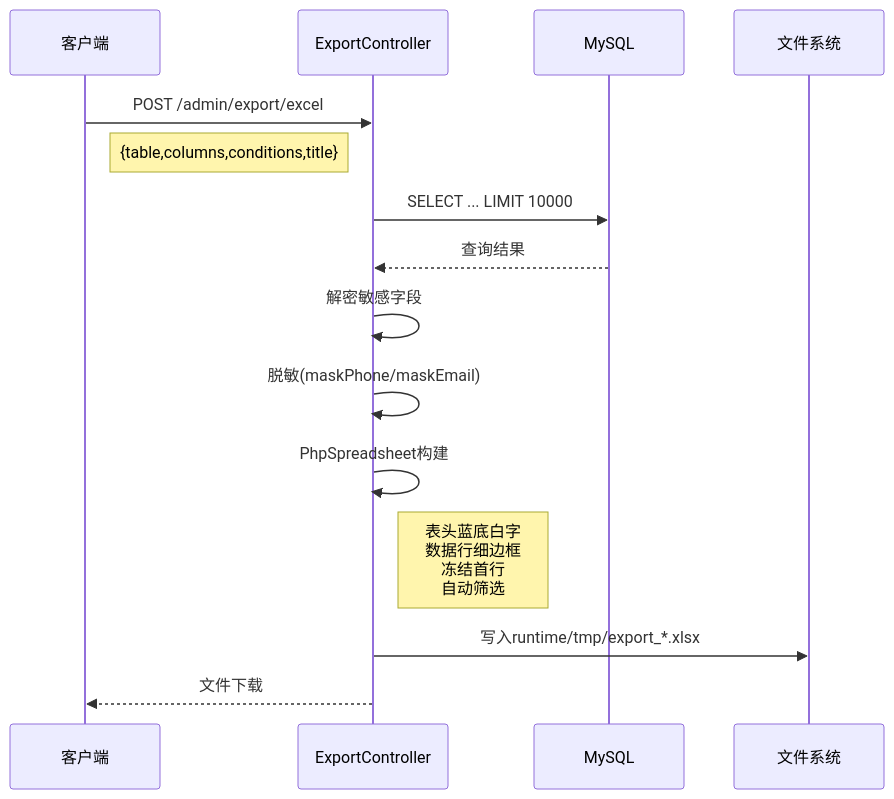
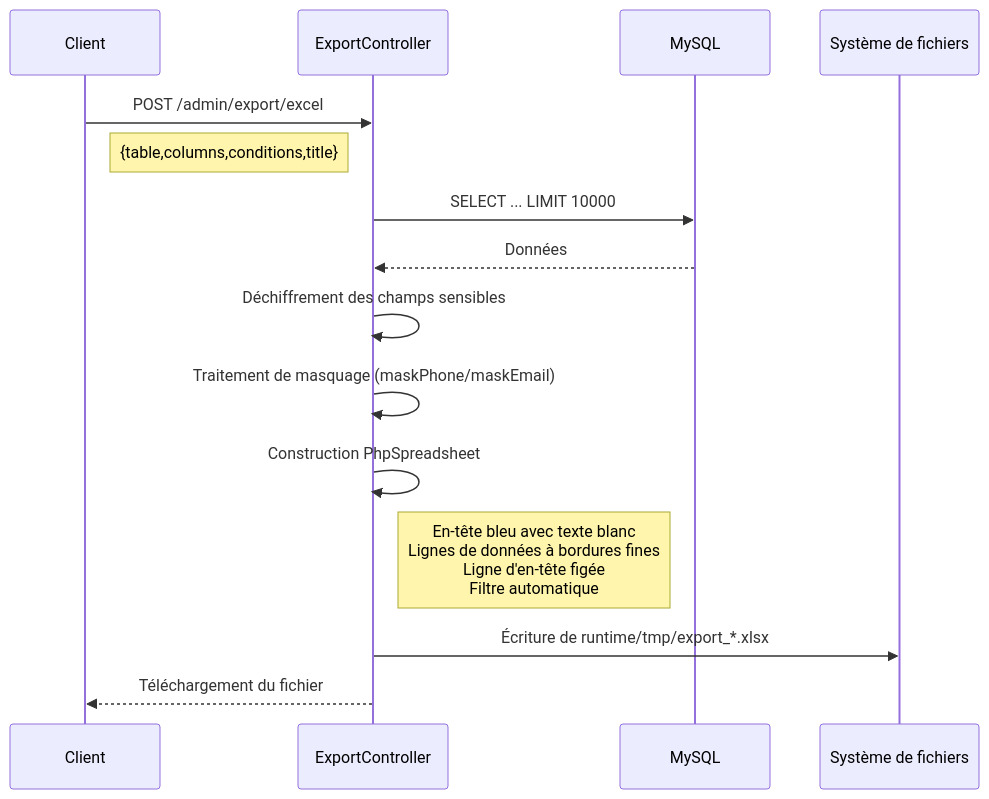
One commit to erikwang2013/game-platform-php changed the first of 2 diagrams in admin/docs/diagrams/09-export-flow.fr.md. Above: the diagram before and after it, drawn with Mermaid. The commit also changed other lines of this file and 211 other files, not shown here.

First line of the commit message:
fix: 支付配置读回类型根治、提现事件对账巡检，12 语族 mermaid 与 API 标签本地化

````diff
--- a/admin/docs/diagrams/09-export-flow.fr.md
+++ b/admin/docs/diagrams/09-export-flow.fr.md
@@ -9,18 +9,18 @@
 ```mermaid
 sequenceDiagram
-    participant C as 客户端
+    participant C as Client
     participant CTL as ExportController
     participant DB as MySQL
-    participant FS as 文件系统
+    participant FS as Système de fichiers
 
     C->>CTL: POST /admin/export/excel
     Note right of C: {table,columns,conditions,title}
     CTL->>DB: SELECT ... LIMIT 10000
-    DB-->>CTL: 查询结果
-    CTL->>CTL: 解密敏感字段
-    CTL->>CTL: 脱敏(maskPhone/maskEmail)
-    CTL->>CTL: PhpSpreadsheet构建
-    Note right of CTL: 表头蓝底白字<br/>数据行细边框<br/>冻结首行<br/>自动筛选
-    CTL->>FS: 写入runtime/tmp/export_*.xlsx
-    CTL-->>C: 文件下载
+    DB-->>CTL: Données
+    CTL->>CTL: Déchiffrement des champs sensibles
+    CTL->>CTL: Traitement de masquage (maskPhone/maskEmail)
+    CTL->>CTL: Construction PhpSpreadsheet
+    Note right of CTL: En-tête bleu avec texte blanc<br/>Lignes de données à bordures fines<br/>Ligne d'en-tête figée<br/>Filtre automatique
+    CTL->>FS: Écriture de runtime/tmp/export_*.xlsx
+    CTL-->>C: Téléchargement du fichier
 ```
````
